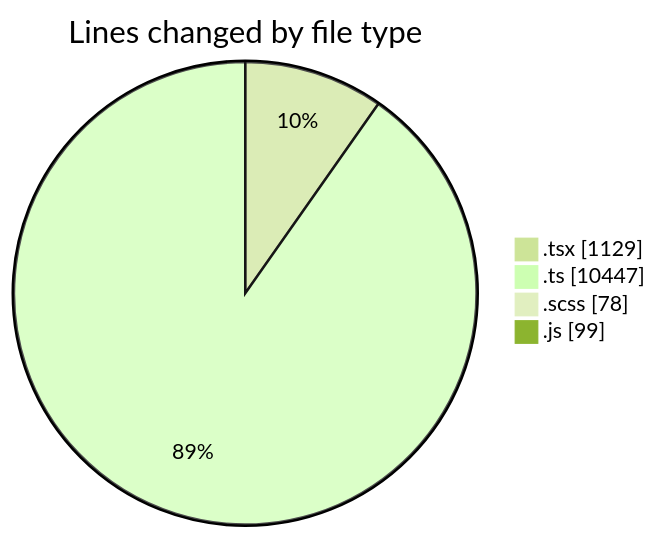
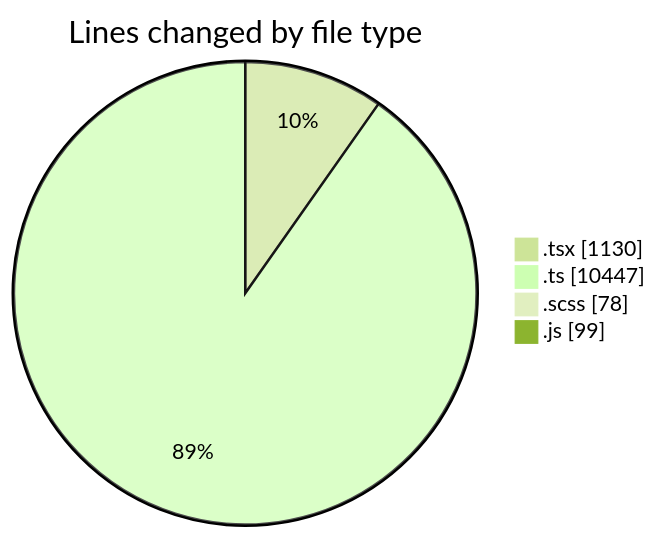
The first of 2 diagrams in 2025-03-26/cda/README.md (momahboobian/code-tracking), drawn with Mermaid (forest theme) before and after one commit. The commit also changed other lines of this file and 1 other file, not shown here.

````diff
--- a/2025-03-26/cda/README.md
+++ b/2025-03-26/cda/README.md
@@ -42,8 +42,8 @@
 ```mermaid
 pie showData
 title Lines changed by file type
-".tsx" : 1129
+".tsx" : 1130
 ".ts" : 10447
 ".scss" : 78
 ".js" : 99
 ```
````
